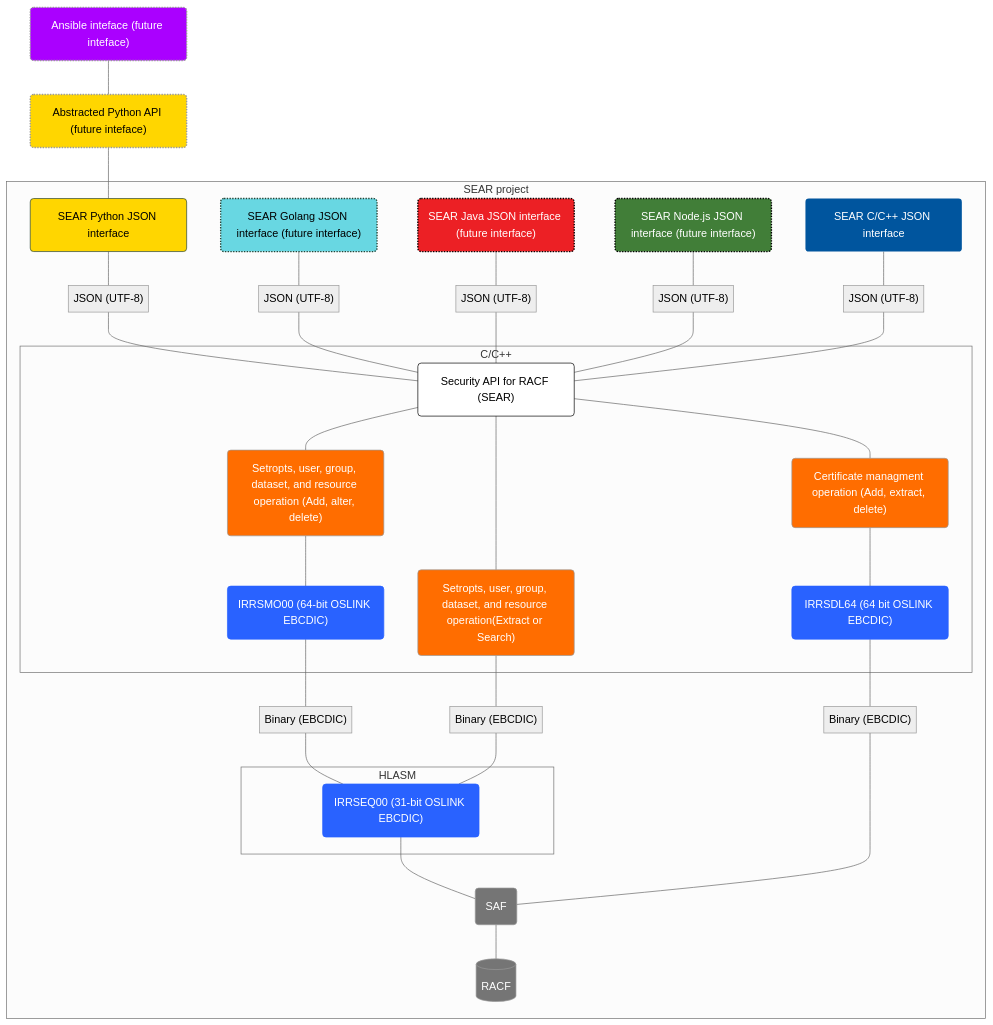
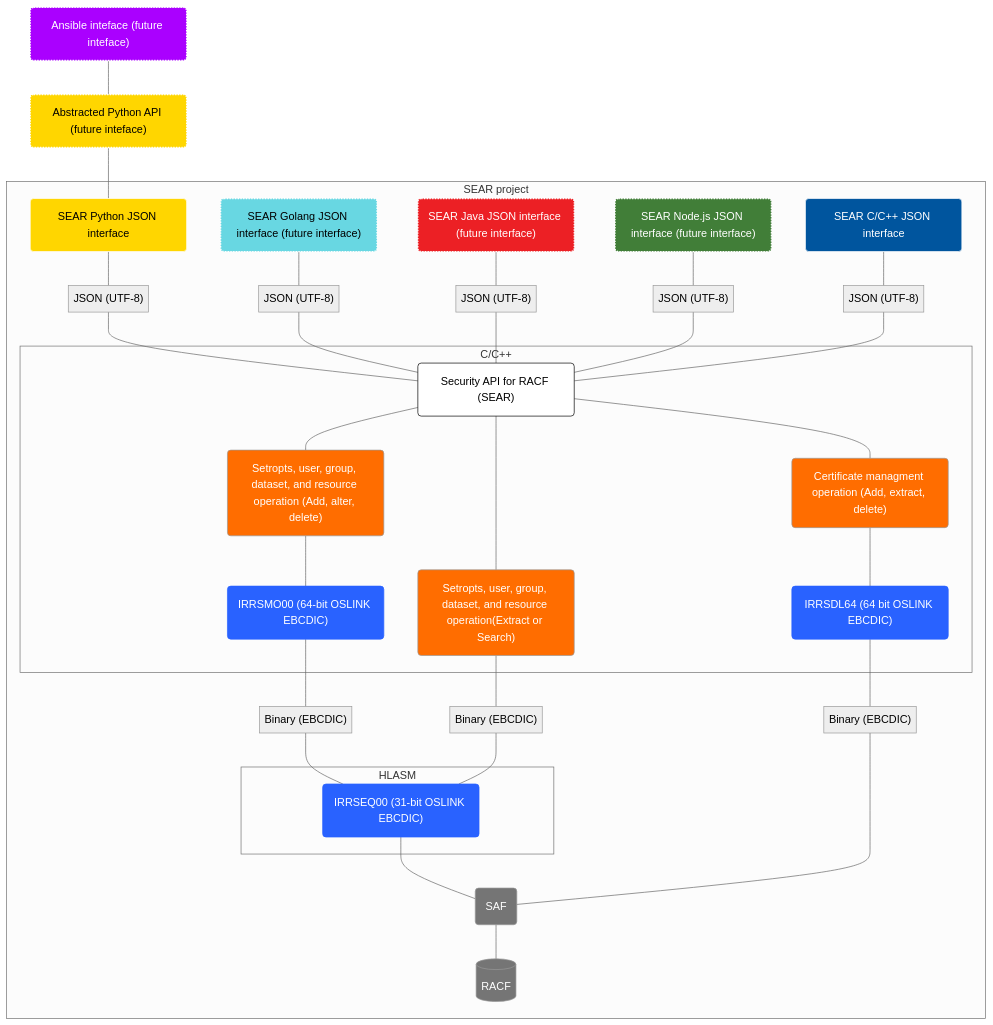
One commit to Mainframe-Renewal-Project/sear-docs changed the diagram in index.md. Above: the diagram before and after it, drawn with Mermaid (neutral theme).

Commit message:
Changed border color

```diff
--- a/index.md
+++ b/index.md
@@ -223,10 +223,12 @@
     classDef Class_07 fill:#FF6D00, color:#FFFFFF
     classDef Class_08 fill:#FFFFFF, color:#000000, stroke:#000000
     classDef Class_09 fill:#00559e, stroke:transparent, color:#FFFFFF
-    style n13 stroke-width:2px,stroke-dasharray: 2
-    style n15 stroke-width:2px,stroke-dasharray: 2
-    style n17 stroke-width:2px,stroke-dasharray: 2,stroke:#000000
-    style n23 fill:#FFD600,stroke-width:2px,stroke-dasharray: 2,color:#000000
-    style n24 fill:#AA00FF,color:#FFFFFF,stroke-width:2px,stroke-dasharray: 2
+    style A stroke:#FFFFFF
+    style n13 stroke-width:2px,stroke-dasharray: 2,stroke:#FFFFFF
+    style n15 stroke-width:2px,stroke-dasharray: 2,stroke:#FFFFFF
+    style n17 stroke-width:2px,stroke-dasharray: 2,stroke:#FFFFFF
+    style n20 stroke:#FFFFFF
+    style n23 fill:#FFD600,stroke-width:2px,stroke-dasharray: 2,color:#000000,stroke:#FFFFFF
+    style n24 fill:#AA00FF,color:#FFFFFF,stroke-width:2px,stroke-dasharray: 2,stroke:#FFFFFF
 
 </pre>
```
